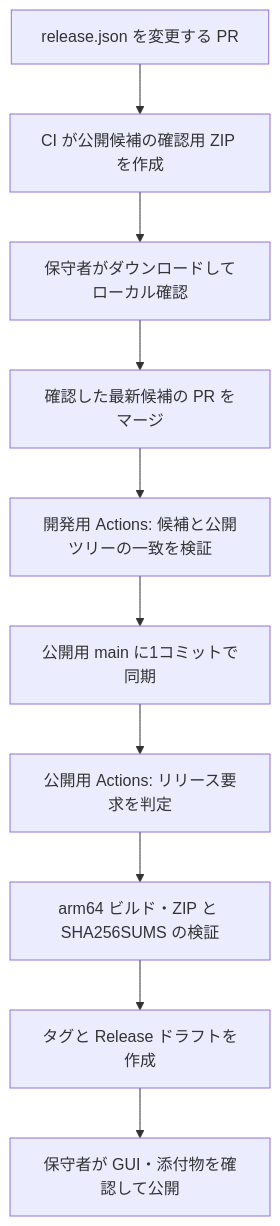
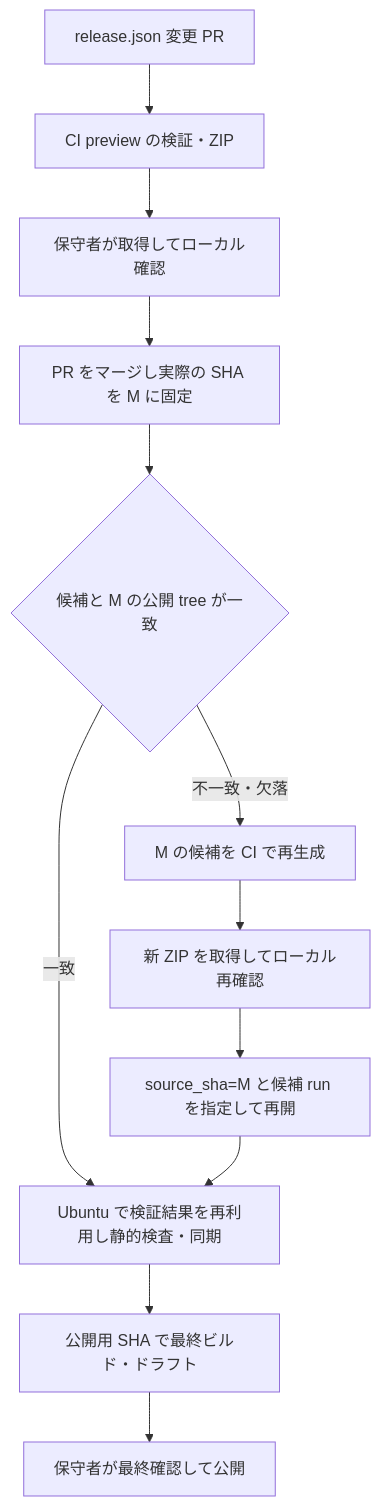
The diagram in specs/TAK-41-actions-release/github-publishing-proposal.md (yoshidax/folzio-dev), drawn with Mermaid before and after one commit. The commit also changed other lines of this file and 8 other files, not shown here.

````diff
--- a/specs/TAK-41-actions-release/github-publishing-proposal.md
+++ b/specs/TAK-41-actions-release/github-publishing-proposal.md
@@ -32,12 +19,14 @@
 ```mermaid
 flowchart TD
-    P[release.json を変更する PR] --> Q[CI が公開候補の確認用 ZIP を作成]
-    Q --> R[保守者がダウンロードしてローカル確認]
-    R --> A[確認した最新候補の PR をマージ]
-    A --> B[開発用 Actions: 候補と公開ツリーの一致を検証]
-    B --> C[公開用 main に1コミットで同期]
-    C --> D[公開用 Actions: リリース要求を判定]
-    D --> E[arm64 ビルド・ZIP と SHA256SUMS の検証]
-    E --> F[タグと Release ドラフトを作成]
-    F --> G[保守者が GUI・添付物を確認して公開]
+    P[release.json 変更 PR] --> C[CI preview の検証・ZIP]
+    C --> L[保守者が取得してローカル確認]
+    L --> M[PR をマージし実際の SHA を M に固定]
+    M --> E{候補と M の公開 tree が一致}
+    E -->|一致| S[Ubuntu で検証結果を再利用し静的検査・同期]
+    E -->|不一致・欠落| R[M の候補を CI で再生成]
+    R --> W[新 ZIP を取得してローカル再確認]
+    W --> D[source_sha=M と候補 run を指定して再開]
+    D --> S
+    S --> B[公開用 SHA で最終ビルド・ドラフト]
+    B --> F[保守者が最終確認して公開]
 ```
````
